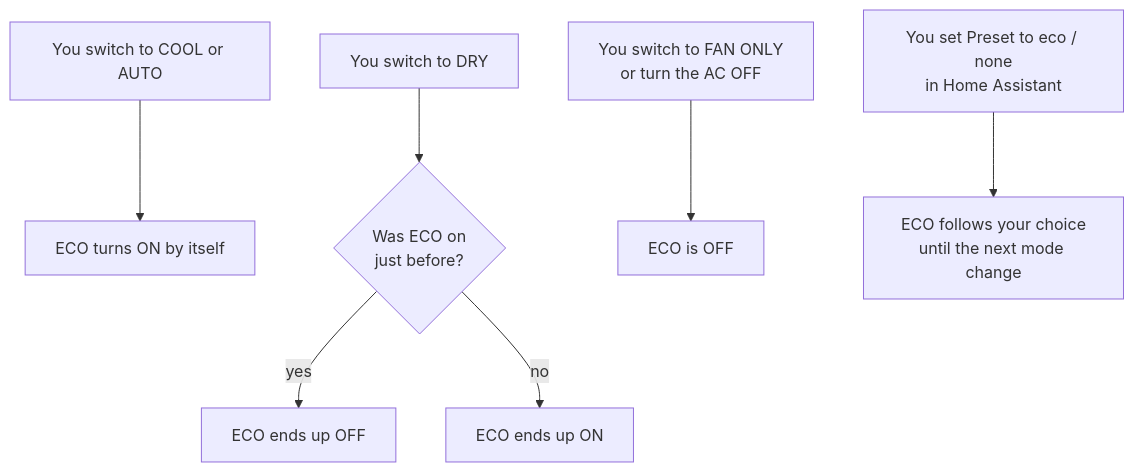
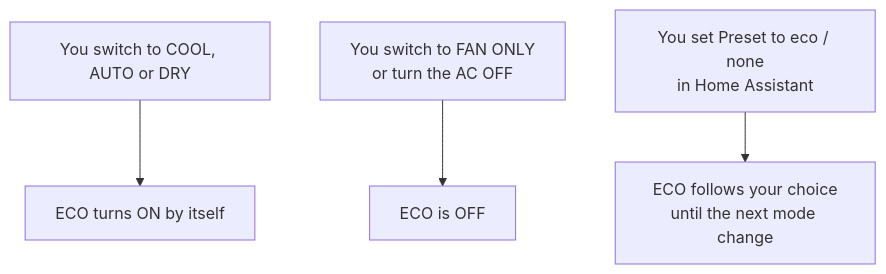
Before and after one commit to kaaassspeeerrr/midea-u-shaped-esphome: the first of 4 diagrams in docs/eco-explained.md, drawn with Mermaid. The commit also changed other lines of this file and 5 other files, not shown here.

Commit message:
v1.2.0 docs: ECO in dry/auto, autoconf + 60 °F, display toggle and beeper, capabilities, Follow Me is IR-only

````diff
--- a/docs/eco-explained.md
+++ b/docs/eco-explained.md
@@ -36,9 +37,6 @@
 ```mermaid
 flowchart TD
-    C["You switch to COOL or AUTO"] --> C1["ECO turns ON by itself"]
-    D["You switch to DRY"] --> D1{"Was ECO on<br/>just before?"}
-    D1 -- "yes" --> D2["ECO ends up OFF"]
-    D1 -- "no" --> D3["ECO ends up ON"]
+    C["You switch to COOL, AUTO or DRY"] --> C1["ECO turns ON by itself"]
     F["You switch to FAN ONLY<br/>or turn the AC OFF"] --> F1["ECO is OFF"]
     P["You set Preset to eco / none<br/>in Home Assistant"] --> P1["ECO follows your choice<br/>until the next mode change"]
 ```
````
